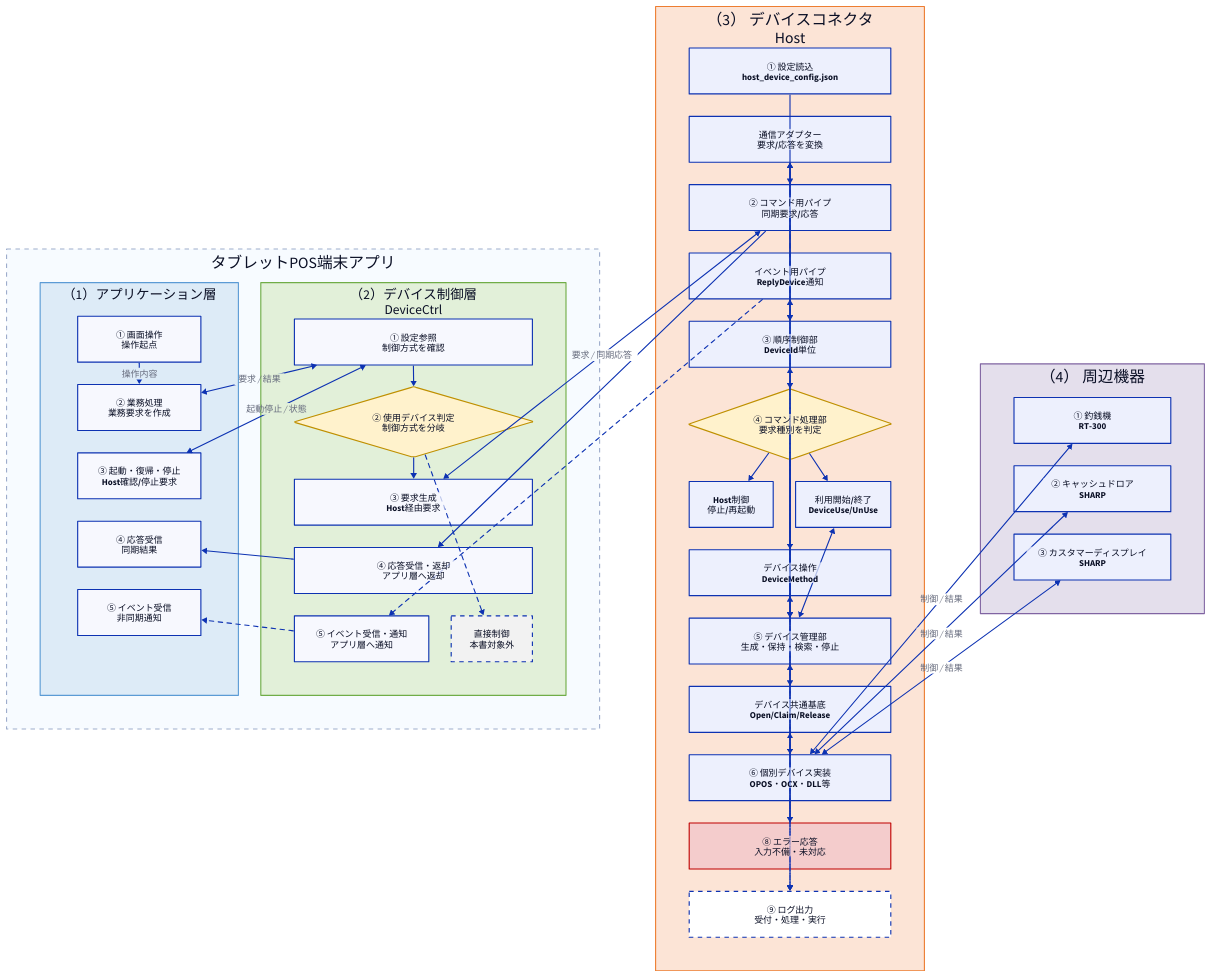
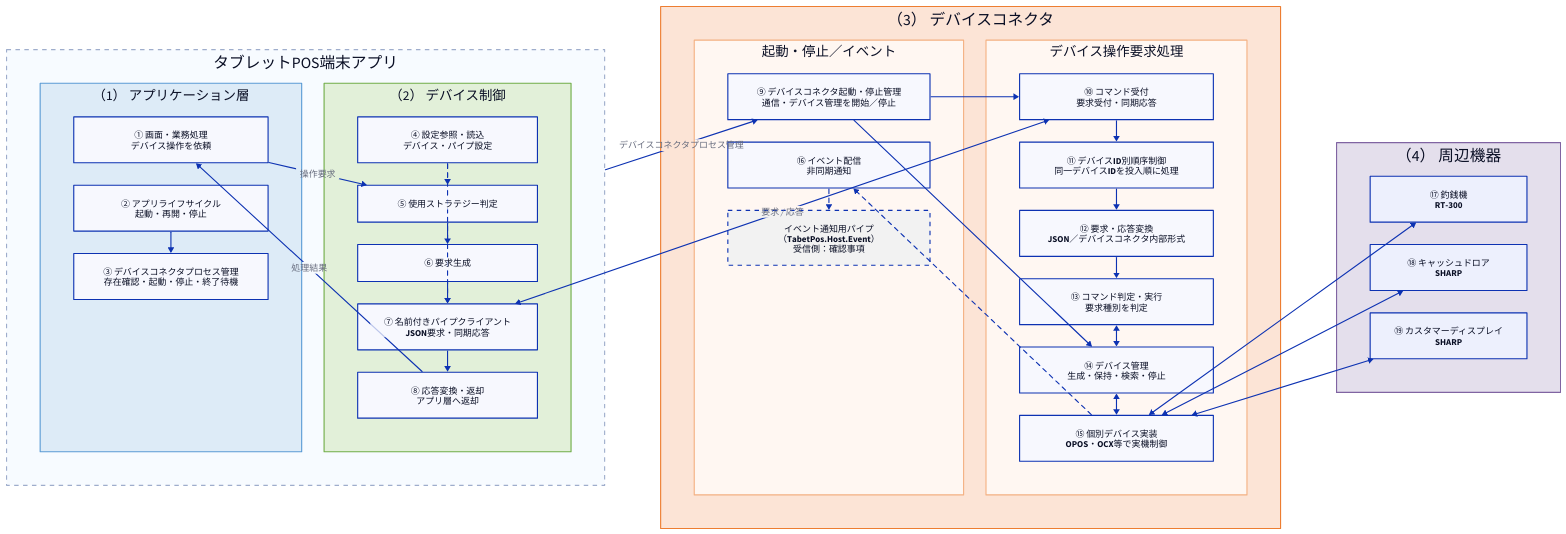
The diagram in artifacts/reports/architecture/ARCH-HOST-01_タブレットPOS_デバイスコネクタ基本設計書/ARCH-HOST-01_5.1_全体構成図.d2 (vti-sam/smj-ks-pos-stored), drawn with D2 before and after one commit. The commit also changed 3 other files, not shown here.

```diff
--- a/artifacts/reports/architecture/ARCH-HOST-01_タブレットPOS_デバイスコネクタ基本設計書/ARCH-HOST-01_5.1_全体構成図.d2
+++ b/artifacts/reports/architecture/ARCH-HOST-01_タブレットPOS_デバイスコネクタ基本設計書/ARCH-HOST-01_5.1_全体構成図.d2
@@ -1,148 +1,124 @@
 direction: right
 
 terminal: {
   label: "タブレットPOS端末アプリ"
   grid-columns: 2
   style.fill: "#F7FBFF"
   style.stroke: "#9EADCC"
   style.stroke-dash: 4
 
   app: {
-    label: "（1）アプリケーション層"
-    grid-rows: 5
+    label: "（1） アプリケーション層"
+    grid-rows: 3
     style.fill: "#DDEBF7"
     style.stroke: "#5B9BD5"
 
-    ui: "① 画面操作\n操作起点"
-    biz: "② 業務処理\n業務要求を作成"
-    lifecycle: "③ 起動・復帰・停止\nHost確認/停止要求"
-    response: "④ 応答受信\n同期結果"
-    event: "⑤ イベント受信\n非同期通知"
+    business: "① 画面・業務処理\nデバイス操作を依頼"
+    lifecycle: "② アプリライフサイクル\n起動・再開・停止"
+    host_manager: "③ デバイスコネクタプロセス管理\n存在確認・起動・停止・終了待機"
 
-    ui -> biz: "操作内容"
+    lifecycle -> host_manager
   }
 
   ctrl: {
-    label: "（2）デバイス制御層\nDeviceCtrl"
+    label: "（2） デバイス制御"
     grid-rows: 5
     style.fill: "#E2F0D9"
     style.stroke: "#70AD47"
 
-    config: "① 設定参照\n制御方式を確認"
-    select: {
-      label: "② 使用デバイス判定\n制御方式を分岐"
-      shape: diamond
-      style.fill: "#FFF2CC"
-      style.stroke: "#BF9000"
+    config: "④ 設定参照・読込\nデバイス・パイプ設定"
+    strategy: "⑤ 使用ストラテジー判定"
+    request: "⑥ 要求生成"
+    client: "⑦ 名前付きパイプクライアント\nJSON要求・同期応答"
+    result: "⑧ 応答変換・返却\nアプリ層へ返却"
+
+    config -> strategy {
+      style.stroke-dash: 4
     }
-    request: "③ 要求生成\nHost経由要求"
-    response: "④ 応答受信・返却\nアプリ層へ返却"
-    event: "⑤ イベント受信・通知\nアプリ層へ通知"
-    direct: {
-      label: "直接制御\n本書対象外"
+    config -> client {
+      style.stroke-dash: 4
+    }
+    strategy -> request
+    request -> client
+    client -> result
+  }
+
+  app.business -> ctrl.strategy: "操作要求"
+  ctrl.result -> app.business: "処理結果"
+}
+
+host: {
+  label: "（3） デバイスコネクタ"
+  grid-columns: 2
+  style.fill: "#FCE4D6"
+  style.stroke: "#ED7D31"
+
+  support: {
+    label: "起動・停止／イベント"
+    grid-rows: 3
+    style.fill: "#FFF7F2"
+    style.stroke: "#F4B183"
+
+    host_control: "⑨ デバイスコネクタ起動・停止管理\n通信・デバイス管理を開始／停止"
+    publisher: "⑯ イベント配信\n非同期通知"
+    event_pipe: {
+      label: "イベント通知用パイプ\n（TabetPos.Host.Event）\n受信側：確認事項"
       style.fill: "#F2F2F2"
       style.stroke-dash: 4
     }
 
-    config -> select
-    select -> request
-    select -> direct {
+    publisher -> event_pipe {
       style.stroke-dash: 4
     }
   }
 
-  app.biz <-> ctrl.config: "要求 / 結果"
-  app.lifecycle <-> ctrl.config: "起動停止 / 状態"
-  ctrl.response -> app.response
-  ctrl.event -> app.event {
-    style.stroke-dash: 4
-  }
-}
+  command: {
+    label: "デバイス操作要求処理"
+    grid-rows: 6
+    style.fill: "#FFF7F2"
+    style.stroke: "#F4B183"
 
-host: {
-  label: "（3） デバイスコネクタ\nHost"
-  grid-rows: 13
-  style.fill: "#FCE4D6"
-  style.stroke: "#ED7D31"
+    server: "⑩ コマンド受付\n要求受付・同期応答"
+    router: "⑪ デバイスID別順序制御\n同一デバイスIDを投入順に処理"
+    mapper: "⑫ 要求・応答変換\nJSON／デバイスコネクタ内部形式"
+    handler: "⑬ コマンド判定・実行\n要求種別を判定"
+    manager: "⑭ デバイス管理\n生成・保持・検索・停止"
+    impl: "⑮ 個別デバイス実装\nOPOS・OCX等で実機制御"
 
-  host_config: "① 設定読込\nhost_device_config.json"
-  adapter: "通信アダプター\n要求/応答を変換"
-  command_pipe: "② コマンド用パイプ\n同期要求/応答"
-  event_pipe: "イベント用パイプ\nReplyDevice通知"
-  router: "③ 順序制御部\nDeviceId単位"
-  handler: {
-    label: "④ コマンド処理部\n要求種別を判定"
-    shape: diamond
-    style.fill: "#FFF2CC"
-    style.stroke: "#BF9000"
-  }
-  host_action: "Host制御\n停止/再起動"
-  use_flow: "利用開始/終了\nDeviceUse/UnUse"
-  method_flow: "デバイス操作\nDeviceMethod"
-  manager: "⑤ デバイス管理部\n生成・保持・検索・停止"
-  base: "デバイス共通基底\nOpen/Claim/Release"
-  impl: "⑥ 個別デバイス実装\nOPOS・OCX・DLL等"
-  error: {
-    label: "⑧ エラー応答\n入力不備・未対応"
-    style.fill: "#F4CCCC"
-    style.stroke: "#C00000"
-  }
-  log: {
-    label: "⑨ ログ出力\n受付・処理・実行"
-    style.fill: "#FFFFFF"
-    style.stroke-dash: 4
+    server -> router
+    router -> mapper
+    mapper -> handler
+    handler <-> manager
+    manager <-> impl
   }
 
-  command_pipe <-> adapter
-  adapter <-> router
-  router <-> handler
-  handler -> host_action
-  handler -> use_flow
-  handler -> method_flow
-  handler -> error
-  use_flow <-> manager
-  method_flow <-> manager
-  host_config -> manager
-  manager <-> base
-  base <-> impl
-  manager -> event_pipe {
-    style.stroke-dash: 4
-  }
-  error -> adapter
-  adapter -> log {
-    style.stroke-dash: 4
-  }
-  handler -> log {
-    style.stroke-dash: 4
-  }
-  impl -> log {
+  support.host_control -> command.server
+  support.host_control -> command.manager
+  command.impl -> support.publisher {
     style.stroke-dash: 4
   }
 }
 
 device: {
   label: "（4） 周辺機器"
   grid-rows: 3
   style.fill: "#E4DFEC"
   style.stroke: "#8064A2"
 
-  cash_changer: "① 釣銭機\nRT-300"
-  cash_drawer: "② キャッシュドロア\nSHARP"
-  customer_display: "③ カスタマーディスプレイ\nSHARP"
+  cash_changer: "⑰ 釣銭機\nRT-300"
+  cash_drawer: "⑱ キャッシュドロア\nSHARP"
+  customer_display: "⑲ カスタマーディスプレイ\nSHARP"
 }
 
 terminal -> host: "" {
   style.opacity: 0
 }
+terminal -> host.support.host_control: "デバイスコネクタプロセス管理"
 host -> device: "" {
   style.opacity: 0
 }
 
-terminal.ctrl.request <-> host.command_pipe: "要求 / 同期応答"
-host.command_pipe -> terminal.ctrl.response
-host.event_pipe -> terminal.ctrl.event {
-  style.stroke-dash: 4
-}
-host.impl <-> device.cash_changer: "制御 / 結果"
-host.impl <-> device.cash_drawer: "制御 / 結果"
-host.impl <-> device.customer_display: "制御 / 結果"
+terminal.ctrl.client <-> host.command.server: "要求 / 応答"
+host.command.impl <-> device.cash_changer
+host.command.impl <-> device.cash_drawer
+host.command.impl <-> device.customer_display
```
